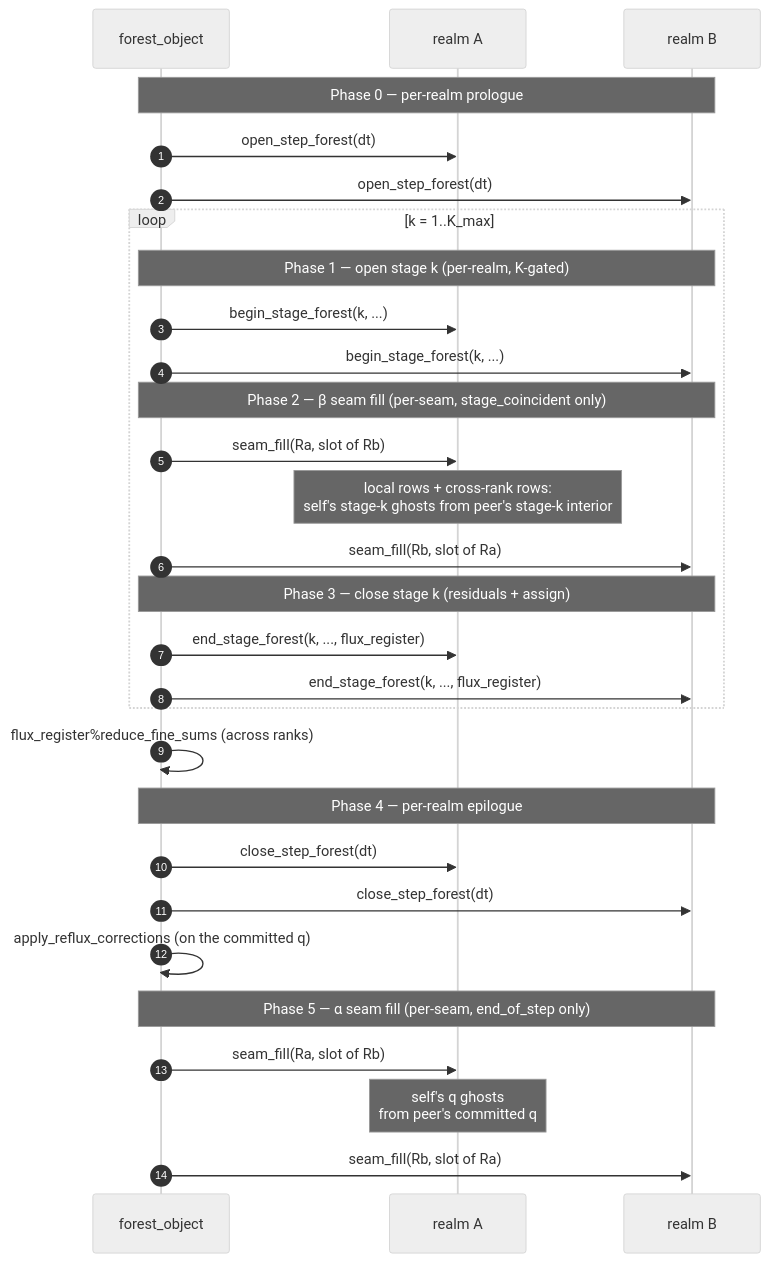
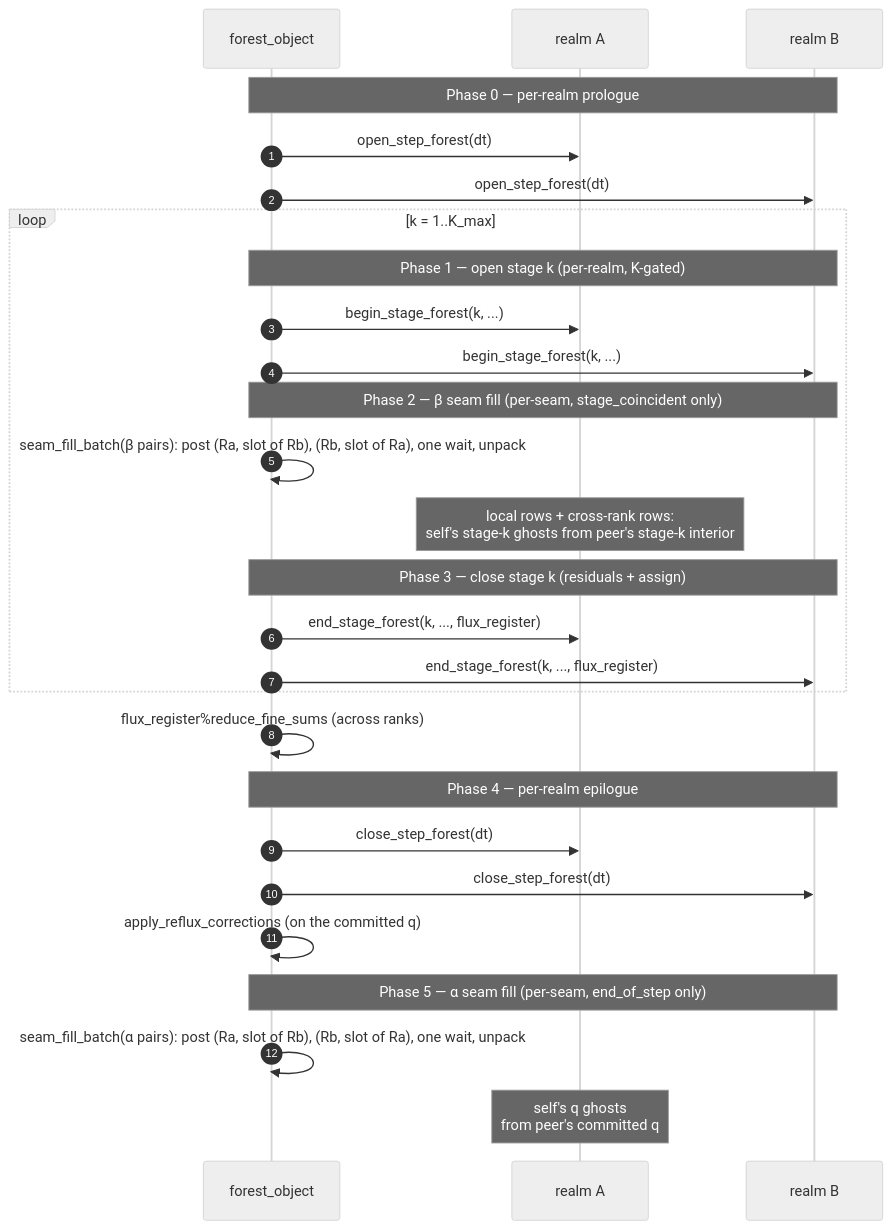
One commit to szaghi/adam changed the first of 2 diagrams in docs/guide/forest.md. Above: the diagram before and after it, drawn with Mermaid (neutral theme). The commit also changed other lines of this file and 4 other files, not shown here.

First line of the commit message:
perf(forest): batch the inter-realm seam fills, one wait per cadence (#53 F3)

````diff
--- a/docs/guide/forest.md
+++ b/docs/guide/forest.md
@@ -143,31 +145,29 @@
 ```mermaid
 sequenceDiagram
     autonumber
     participant F as forest_object
     participant Ra as realm A
     participant Rb as realm B
     Note over F,Rb: Phase 0 — per-realm prologue
     F->>Ra: open_step_forest(dt)
     F->>Rb: open_step_forest(dt)
     loop k = 1..K_max
         Note over F,Rb: Phase 1 — open stage k (per-realm, K-gated)
         F->>Ra: begin_stage_forest(k, ...)
         F->>Rb: begin_stage_forest(k, ...)
         Note over F,Rb: Phase 2 — β seam fill (per-seam, stage_coincident only)
-        F->>Ra: seam_fill(Ra, slot of Rb)
+        F->>F: seam_fill_batch(β pairs): post (Ra, slot of Rb), (Rb, slot of Ra), one wait, unpack
         Note over Ra: local rows + cross-rank rows:<br/>self's stage-k ghosts from peer's stage-k interior
-        F->>Rb: seam_fill(Rb, slot of Ra)
         Note over F,Rb: Phase 3 — close stage k (residuals + assign)
         F->>Ra: end_stage_forest(k, ..., flux_register)
         F->>Rb: end_stage_forest(k, ..., flux_register)
     end
     F->>F: flux_register%reduce_fine_sums (across ranks)
     Note over F,Rb: Phase 4 — per-realm epilogue
     F->>Ra: close_step_forest(dt)
     F->>Rb: close_step_forest(dt)
     F->>F: apply_reflux_corrections (on the committed q)
     Note over F,Rb: Phase 5 — α seam fill (per-seam, end_of_step only)
-    F->>Ra: seam_fill(Ra, slot of Rb)
+    F->>F: seam_fill_batch(α pairs): post (Ra, slot of Rb), (Rb, slot of Ra), one wait, unpack
     Note over Ra: self's q ghosts<br/>from peer's committed q
-    F->>Rb: seam_fill(Rb, slot of Ra)
 ```
````
